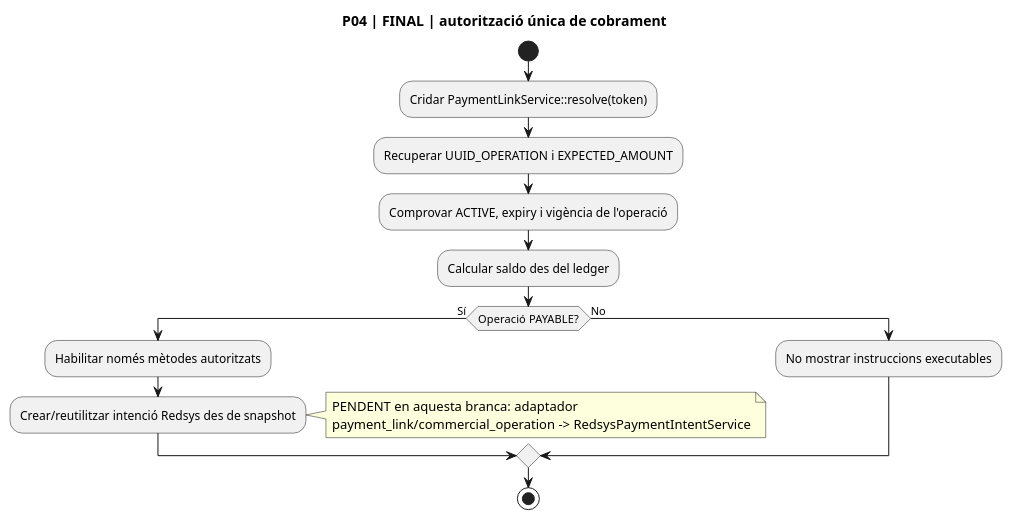
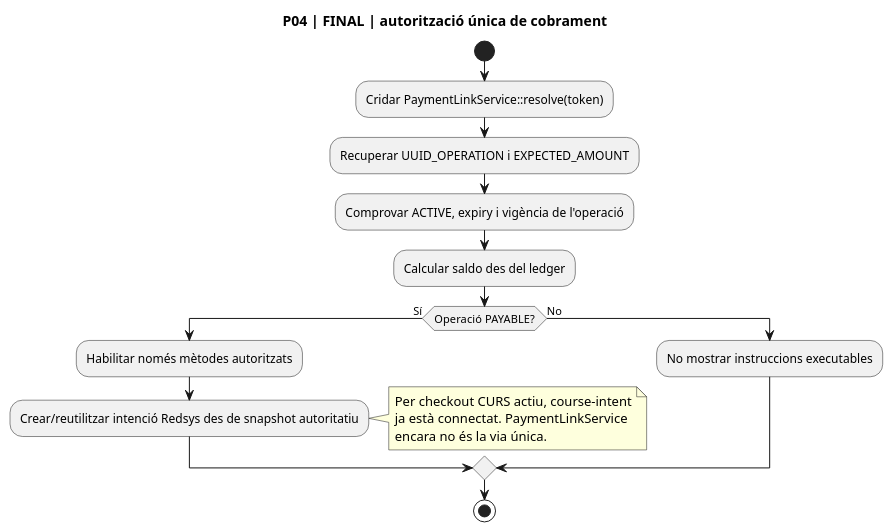
Diagram 16 of 25 in documentacio/07-uml-integrat/uc-020-activitats-pagines-actual-final.md (orgmeriemprismacat-del/verifactu), drawn with PlantUML before and after one commit. The commit also changed other lines of this file, not shown here.

Commit message:
docs(UC-020): reconcilia activitats FINAL amb checkout CURS

````diff
--- a/documentacio/07-uml-integrat/uc-020-activitats-pagines-actual-final.md
+++ b/documentacio/07-uml-integrat/uc-020-activitats-pagines-actual-final.md
@@ -364,21 +364,22 @@
 ```plantuml
 @startuml
 title P04 | FINAL | autorització única de cobrament
 start
 :Cridar PaymentLinkService::resolve(token);
 :Recuperar UUID_OPERATION i EXPECTED_AMOUNT;
 :Comprovar ACTIVE, expiry i vigència de l'operació;
 :Calcular saldo des del ledger;
 if (Operació PAYABLE?) then (Sí)
  :Habilitar només mètodes autoritzats;
- :Crear/reutilitzar intenció Redsys des de snapshot;
+ :Crear/reutilitzar intenció Redsys des de snapshot autoritatiu;
 note right
-  PENDENT en aquesta branca: adaptador
-  payment_link/commercial_operation -> RedsysPaymentIntentService
+  Per checkout CURS actiu, course-intent
+  ja està connectat. PaymentLinkService
+  encara no és la via única.
 end note
 else (No)
  :No mostrar instruccions executables;
 endif
 stop
 @enduml
 ```
````
